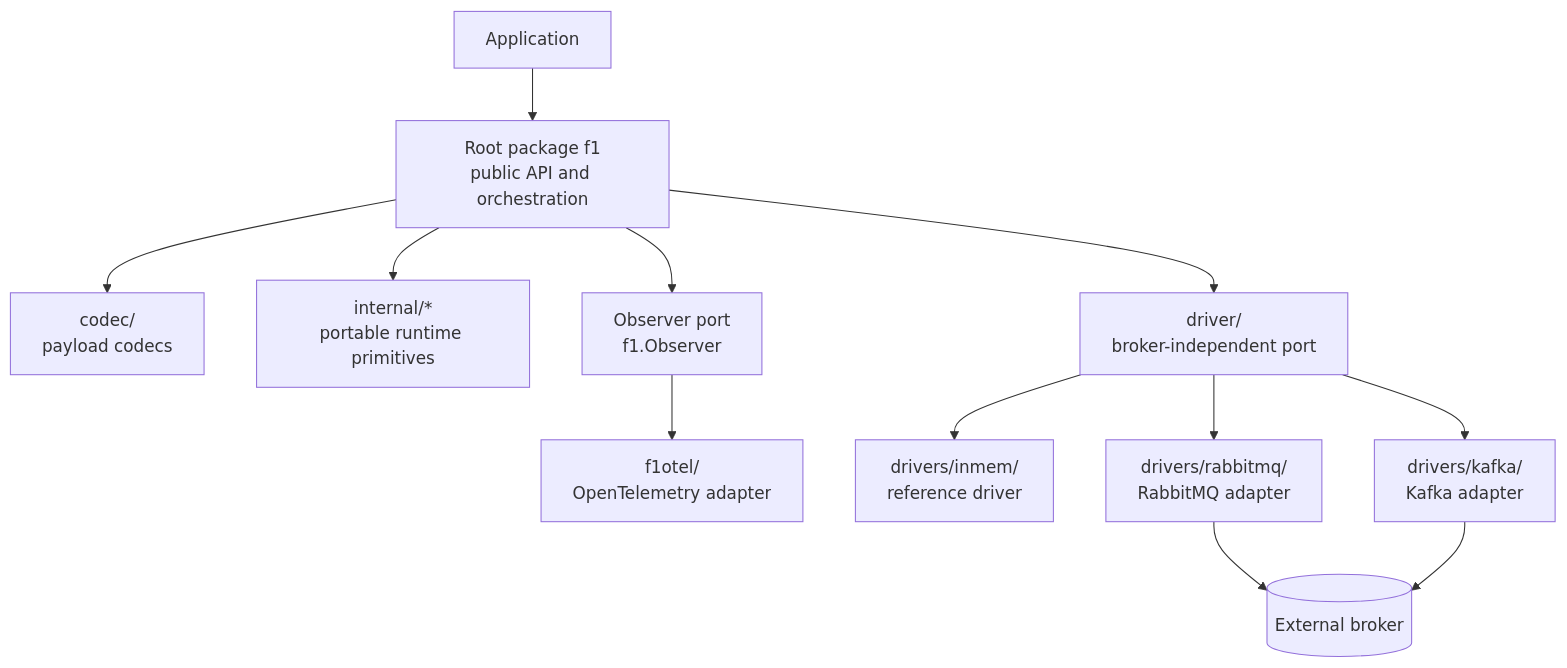
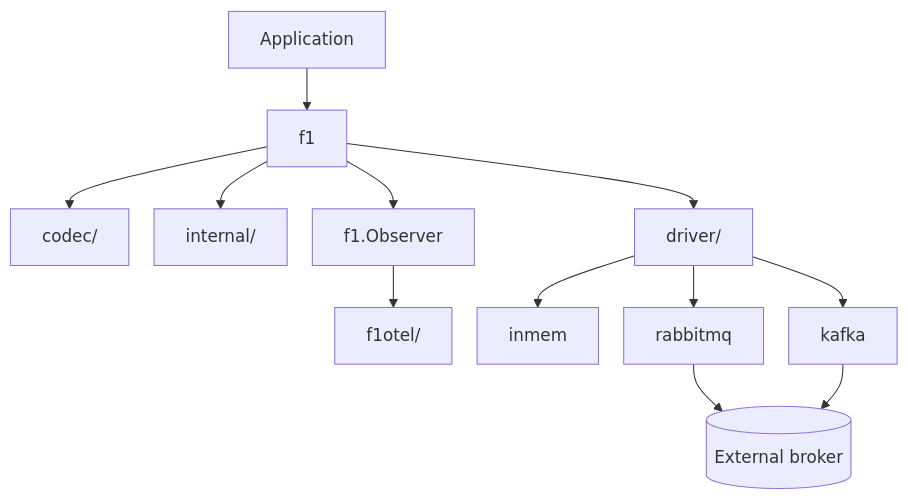
One commit to bktrung/edm_sdk changed the first of 4 diagrams in docs/development/architecture.md. Above: the diagram before and after it, drawn with Mermaid. The commit also changed other lines of this file and 242 other files, not shown here.

````diff
--- a/docs/development/architecture.md
+++ b/docs/development/architecture.md
@@ -13,26 +14,27 @@
 ```mermaid
+%%{init: {"flowchart": {"nodeSpacing": 24, "rankSpacing": 40}}}%%
 flowchart TB
     APP[Application]
-    CORE[Root package f1<br/>public API and orchestration]
-    CODEC[codec/<br/>payload codecs]
-    INTERNAL[internal/*<br/>portable runtime primitives]
-    PORT[driver/<br/>broker-independent port]
-    OBS[Observer port<br/>f1.Observer]
-    OTEL[f1otel/<br/>OpenTelemetry adapter]
-    INMEM[drivers/inmem/<br/>reference driver]
-    RABBIT[drivers/rabbitmq/<br/>RabbitMQ adapter]
-    KAFKA[drivers/kafka/<br/>Kafka adapter]
+    CORE[f1]
+    CODEC[codec/]
+    INTERNAL[internal/]
+    PORT[driver/]
+    OBS[f1.Observer]
+    OTEL[f1otel/]
+    INMEM[inmem]
+    RABBIT[rabbitmq]
+    KAFKA[kafka]
     BROKER[(External broker)]
 
     APP --> CORE
     CORE --> CODEC
     CORE --> INTERNAL
     CORE --> PORT
     CORE --> OBS
     OBS --> OTEL
     PORT --> INMEM
     PORT --> RABBIT
     PORT --> KAFKA
     RABBIT --> BROKER
     KAFKA --> BROKER
 ```
````
